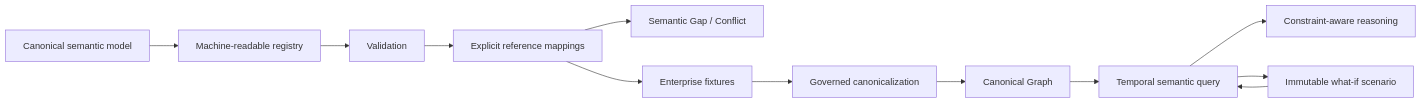
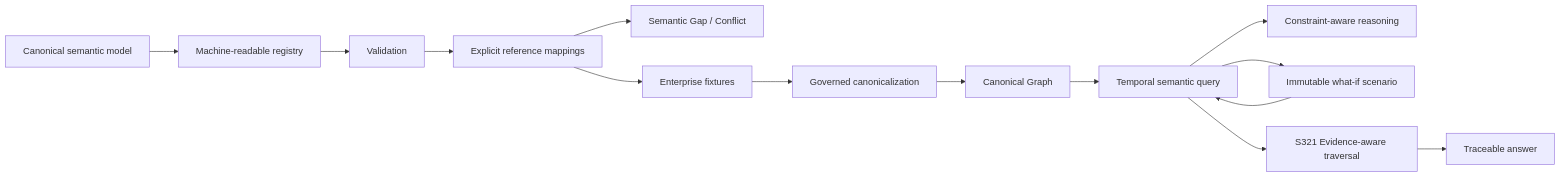
One commit to miumigy/scm-ontology changed the second of 2 diagrams in docs/README.md. Above: the diagram before and after it, drawn with Mermaid. The commit also changed other lines of this file, not shown here.

Commit message:
docs(s321): index evidence-aware traversal

````diff
--- a/docs/README.md
+++ b/docs/README.md
@@ -40,14 +41,16 @@
 ```mermaid
 flowchart LR
     MODEL[Canonical semantic model] --> REG[Machine-readable registry]
     REG --> VALIDATE[Validation]
     VALIDATE --> MAP[Explicit reference mappings]
     MAP --> GAP[Semantic Gap / Conflict]
     MAP --> FIX[Enterprise fixtures]
     FIX --> CAN[Governed canonicalization]
     CAN --> GRAPH[Canonical Graph]
     GRAPH --> TEMP[Temporal semantic query]
     TEMP --> REASON[Constraint-aware reasoning]
     TEMP --> SCENARIO[Immutable what-if scenario]
     SCENARIO --> TEMP
+    TEMP --> EVID[S321 Evidence-aware traversal]
+    EVID --> ANSWER[Traceable answer]
 ```
````
